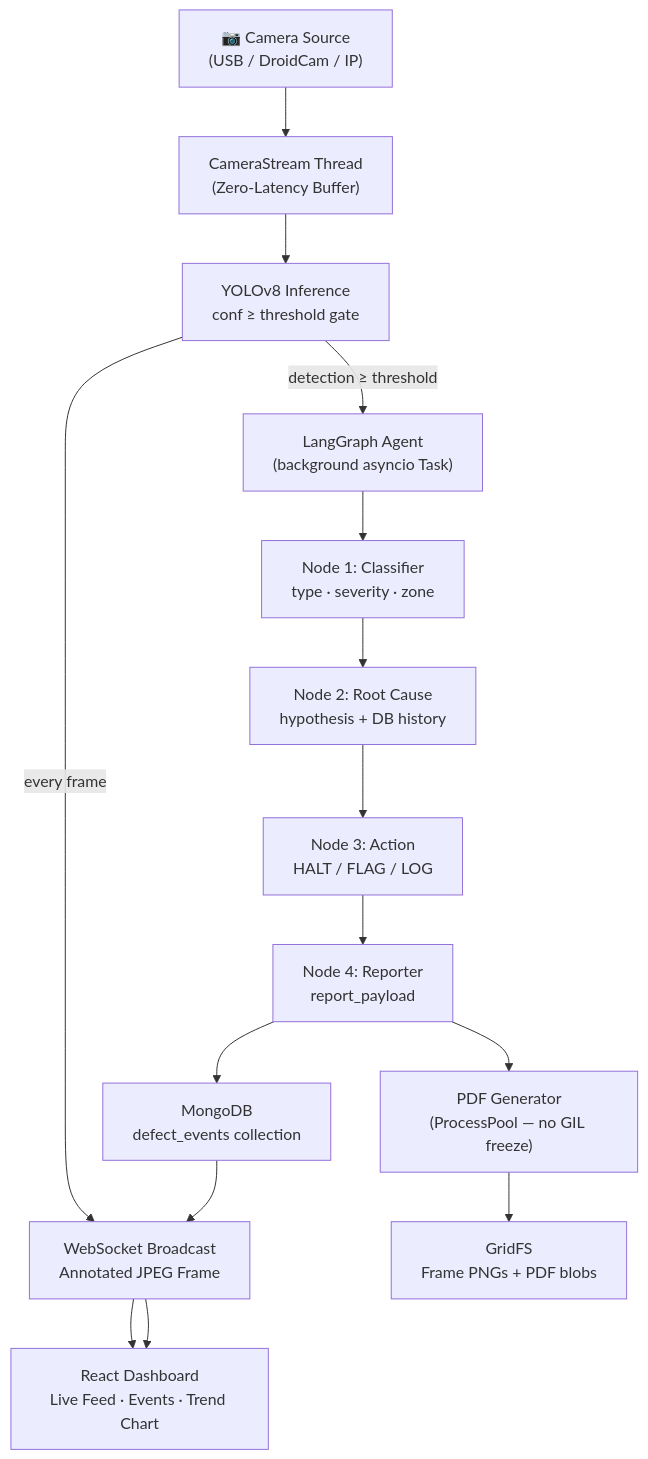
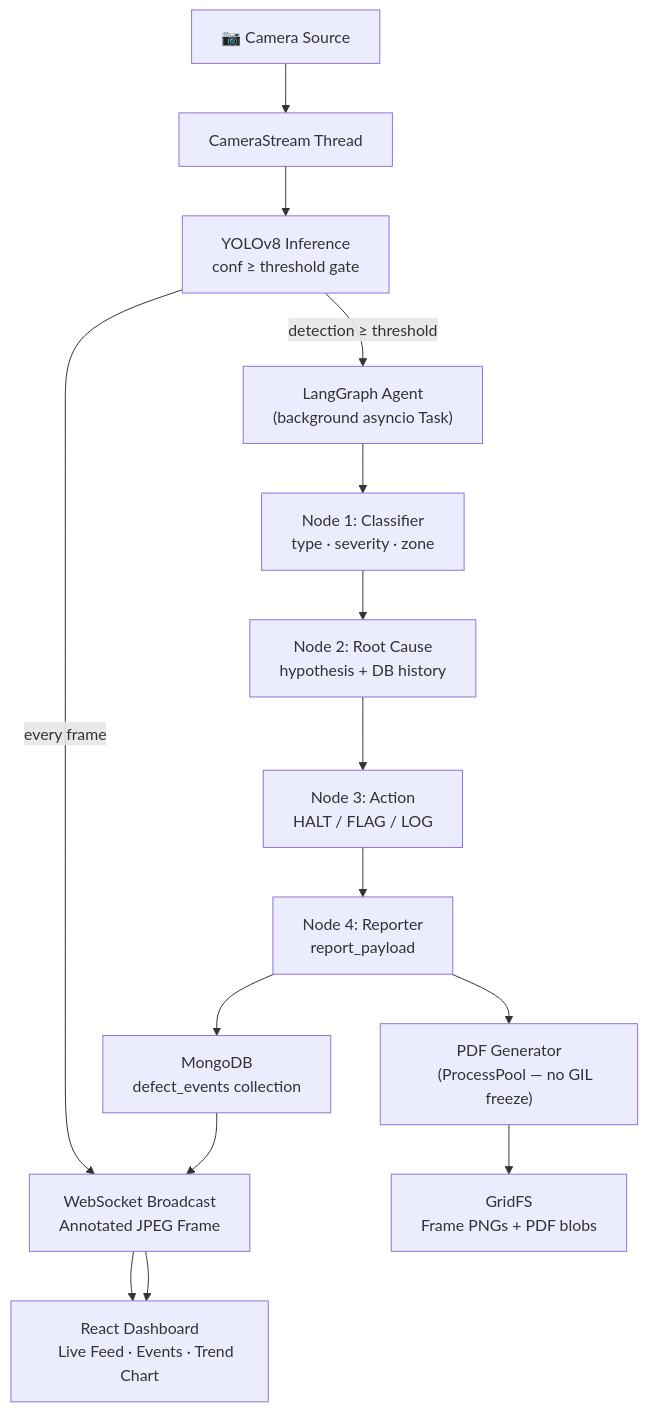
One commit to vishwanathdvgmm/industrial_edge_ai changed the diagram in README.md. Above: the diagram before and after it, drawn with Mermaid. The commit also changed 12 other files, not shown here.

````diff
--- a/README.md
+++ b/README.md
@@ -53,25 +53,36 @@
 ```mermaid
 graph TD
-    CAM["📷 Camera Source\n(USB / DroidCam / IP)"]
-    CS["CameraStream Thread\n(Zero-Latency Buffer)"]
-    YOLO["YOLOv8 Inference\nconf ≥ threshold gate"]
-    WS_OUT["WebSocket Broadcast\nAnnotated JPEG Frame"]
-    AGENT["LangGraph Agent\n(background asyncio Task)"]
-    N1["Node 1: Classifier\ntype · severity · zone"]
-    N2["Node 2: Root Cause\nhypothesis + DB history"]
-    N3["Node 3: Action\nHALT / FLAG / LOG"]
-    N4["Node 4: Reporter\nreport_payload"]
-    PDF["PDF Generator\n(ProcessPool — no GIL freeze)"]
-    MONGO["MongoDB\ndefect_events collection"]
-    GRIDFS["GridFS\nFrame PNGs + PDF blobs"]
-    REACT["React Dashboard\nLive Feed · Events · Trend Chart"]
+    CAM["📷 Camera Source"]
+    CS["CameraStream Thread"]
+    YOLO["YOLOv8 Inference
+    conf ≥ threshold gate"]
+    WS_OUT["WebSocket Broadcast
+    Annotated JPEG Frame"]
+    AGENT["LangGraph Agent
+    (background asyncio Task)"]
+    N1["Node 1: Classifier
+    type · severity · zone"]
+    N2["Node 2: Root Cause
+    hypothesis + DB history"]
+    N3["Node 3: Action
+    HALT / FLAG / LOG"]
+    N4["Node 4: Reporter
+    report_payload"]
+    PDF["PDF Generator
+    (ProcessPool — no GIL freeze)"]
+    MONGO["MongoDB
+    defect_events collection"]
+    GRIDFS["GridFS
+    Frame PNGs + PDF blobs"]
+    REACT["React Dashboard
+    Live Feed · Events · Trend Chart"]
 
     CAM --> CS --> YOLO
     YOLO -->|"every frame"| WS_OUT --> REACT
     YOLO -->|"detection ≥ threshold"| AGENT
     AGENT --> N1 --> N2 --> N3 --> N4
     N4 --> PDF --> GRIDFS
     N4 --> MONGO
     MONGO --> WS_OUT
     WS_OUT --> REACT
 ```
````
